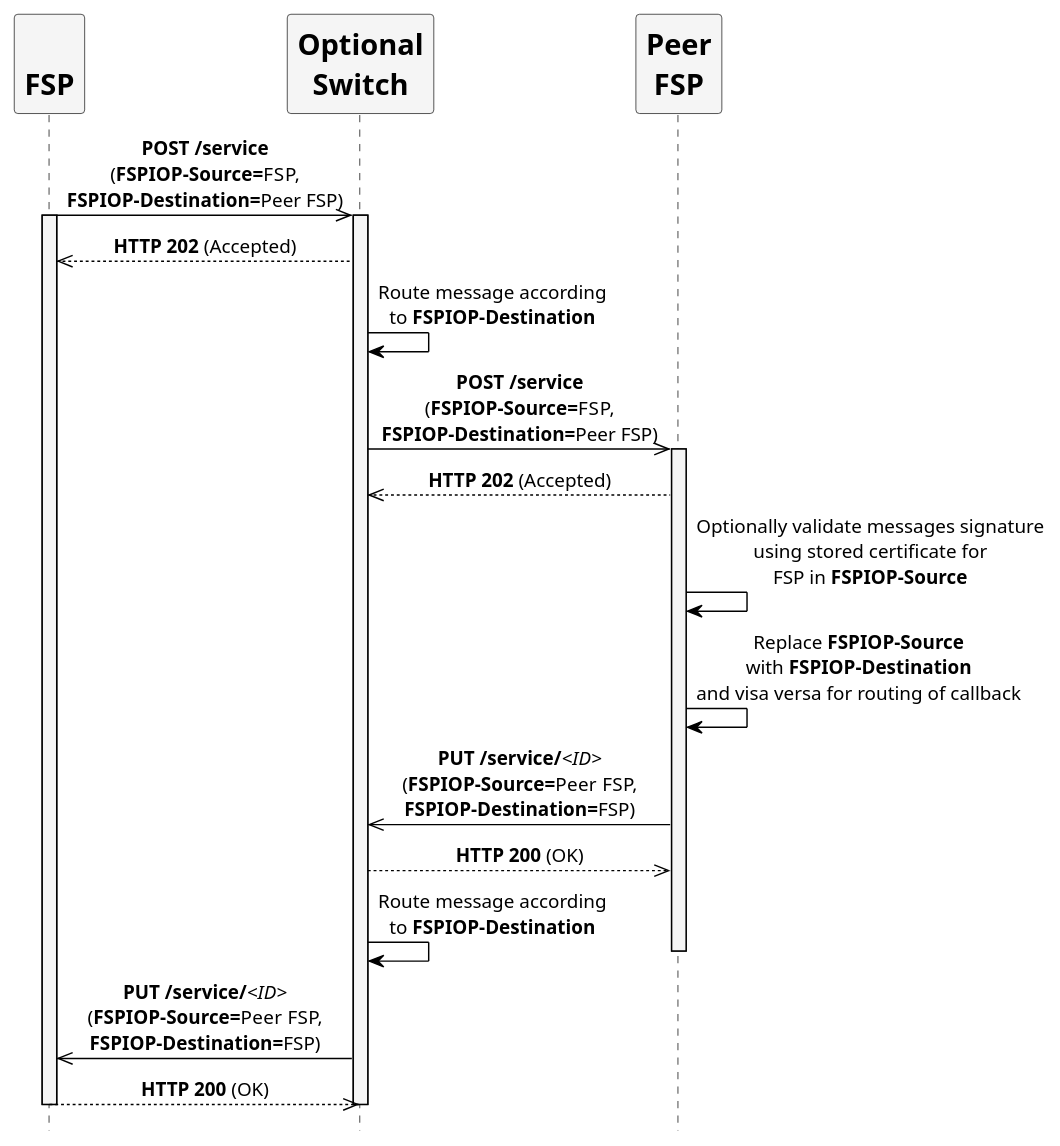
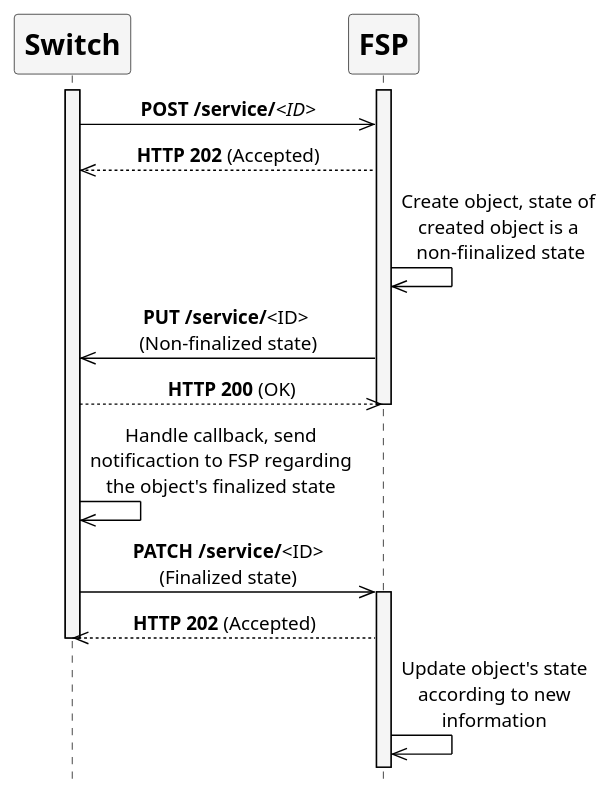
Before and after one commit to mojaloop/mojaloop-specification: the diagram in assets/diagrams/sequence/figure4.plantuml, drawn with PlantUML. The commit also changed 46 other files, not shown here.

```diff
--- a/assets/diagrams/sequence/figure4.plantuml
+++ b/assets/diagrams/sequence/figure4.plantuml
@@ -24,46 +24,41 @@
 @startuml
 ' declaring skinparam
 skinparam sequenceMessageAlign center
 skinparam shadowing false
 skinparam defaultFontName Verdana
 skinparam monochrome true
 skinparam SequenceLifeLineBackgroundColor WhiteSmoke
 skinparam SequenceLifeLineBorderColor Black
 skinparam ParticipantFontStyle Bold
 skinparam ParticipantFontSize 20
 skinparam ParticipantBackgroundColor WhiteSmoke
 skinparam ArrowColor Black
 
 hide footbox
 
 ' declare title
-' title Using the customized HTTP header fields FSPIOP-Destination and FSPIOP-Source
+' title HTTP PATCH call flow
 
 ' Actor Keys:
-' participant - FSP, Peer FSP and Optional Switch
+' participant - Switch and FSP
 
 ' declare actors
-participant "\nFSP" as FSP
-participant "Optional\nSwitch" as Switch
-participant "Peer\nFSP" as PEERFSP
+participant "Switch" as Switch
+participant "FSP" as FSP
 
 ' start flow
-FSP ->> Switch: **POST /service**\n(**FSPIOP-Source=**FSP,\n**FSPIOP-Destination=**Peer FSP)
+activate Switch
 activate FSP
-activate Switch
-FSP <<-- Switch: **HTTP 202** (Accepted)
-Switch -> Switch: Route message according\nto **FSPIOP-Destination**
-Switch ->> PEERFSP: **POST /service**\n(**FSPIOP-Source=**FSP,\n**FSPIOP-Destination=**Peer FSP)
-activate PEERFSP
-Switch <<-- PEERFSP: **HTTP 202** (Accepted)
-PEERFSP -> PEERFSP: Optionally validate messages signature\nusing stored certificate for\nFSP in **FSPIOP-Source**
-PEERFSP -> PEERFSP: Replace **FSPIOP-Source**\nwith **FSPIOP-Destination**\nand visa versa for routing of callback
-Switch <<- PEERFSP: **PUT /service/**//<ID>//\n(**FSPIOP-Source=**Peer FSP,\n**FSPIOP-Destination=**FSP)
-Switch -->> PEERFSP: **HTTP 200** (OK)
-Switch -> Switch: Route message according\nto **FSPIOP-Destination**
-deactivate PEERFSP
-FSP <<- Switch: **PUT /service/**//<ID>//\n(**FSPIOP-Source=**Peer FSP,\n**FSPIOP-Destination=**FSP)
-FSP -->> Switch: **HTTP 200** (OK)
+Switch ->> FSP: **POST /service/**//<ID>//
+FSP -->> Switch: **HTTP 202** (Accepted)
+FSP ->> FSP: Create object, state of \ncreated object is a \nnon-fiinalized state
+FSP ->> Switch: **PUT /service/**<ID> \n(Non-finalized state)
+Switch -->> FSP: **HTTP 200** (OK)
+deactivate FSP
+Switch ->> Switch: Handle callback, send\nnotificaction to FSP regarding\nthe object's finalized state
+Switch ->> FSP: **PATCH /service/**<ID>\n(Finalized state)
+activate FSP
+FSP -->> Switch: **HTTP 202** (Accepted)
 deactivate Switch
-deactivate FSP
+FSP ->> FSP: Update object's state\naccording to new\ninformation
 @enduml
```
